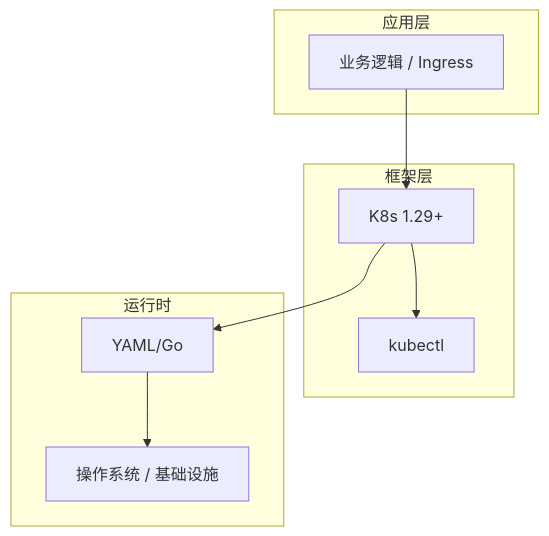
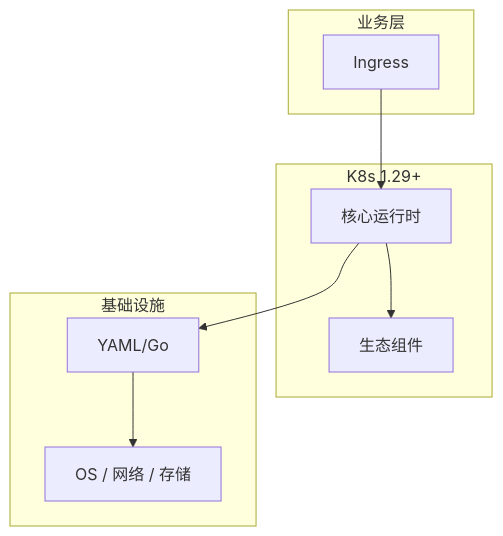
Before and after one commit to yanggan2015/knowledge-json-v2: the diagram in articles/Kubernetes/chapters/073-Ingress核心概念与原理.md, drawn with Mermaid. The commit also changed other lines of this file and 10127 other files, not shown here.

````diff
--- a/articles/Kubernetes/chapters/073-Ingress核心概念与原理.md
+++ b/articles/Kubernetes/chapters/073-Ingress核心概念与原理.md
@@ -45,18 +34,18 @@
 ```mermaid
 graph TB
-    subgraph 应用层
-        A[业务逻辑 / Ingress]
+    subgraph 业务层
+        A[Ingress]
     end
-    subgraph 框架层
-        B[K8s 1.29+]
-        C[kubectl]
+    subgraph K8s 1.29+
+        B[核心运行时]
+        C[生态组件]
     end
-    subgraph 运行时
+    subgraph 基础设施
         D[YAML/Go]
-        E[操作系统 / 基础设施]
+        E[OS / 网络 / 存储]
     end
     A --> B
     B --> C
     B --> D
     D --> E
 ```
````
